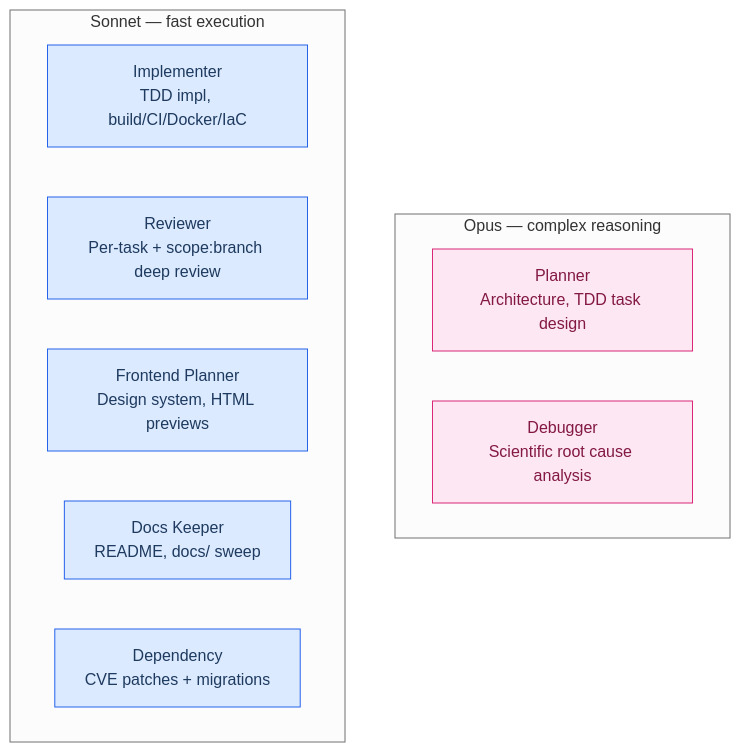
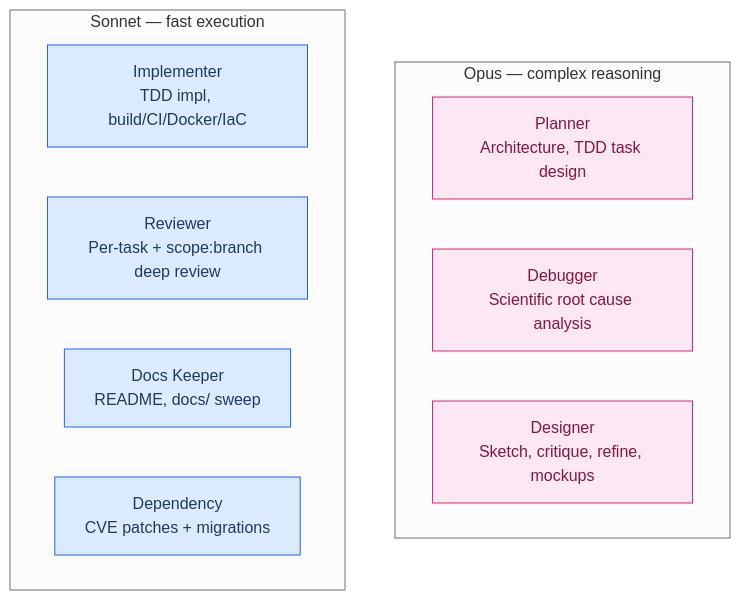
Before and after one commit to Conava/claude-devline: the fourth of 5 diagrams in README.md, drawn with Mermaid. The commit also changed other lines of this file and 93 other files, not shown here.

First line of the commit message:
feat(design): sketch-and-critique designer with mockup mode and M3E strict mode (#8)

````diff
--- a/README.md
+++ b/README.md
@@ -277,22 +271,22 @@
 ```mermaid
 %%{init: {'theme': 'neutral'}}%%
 flowchart TB
     subgraph opus["Opus — complex reasoning"]
         planner["Planner\nArchitecture, TDD task design"]
         debugger["Debugger\nScientific root cause analysis"]
+        designer["Designer\nSketch, critique, refine, mockups"]
     end
 
     subgraph sonnet["Sonnet — fast execution"]
         implementer["Implementer\nTDD impl, build/CI/Docker/IaC"]
         reviewer["Reviewer\nPer-task + scope:branch deep review"]
-        frontend["Frontend Planner\nDesign system, HTML previews"]
         docskeeper["Docs Keeper\nREADME, docs/ sweep"]
         dependency["Dependency\nCVE patches + migrations"]
     end
 
     classDef opusNode fill:#fce7f3,stroke:#db2777,color:#831843
     classDef sonnetNode fill:#dbeafe,stroke:#2563eb,color:#1e3a5f
 
-    class planner,debugger opusNode
-    class implementer,reviewer,frontend,docskeeper,dependency sonnetNode
+    class planner,debugger,designer opusNode
+    class implementer,reviewer,docskeeper,dependency sonnetNode
 ```
````
